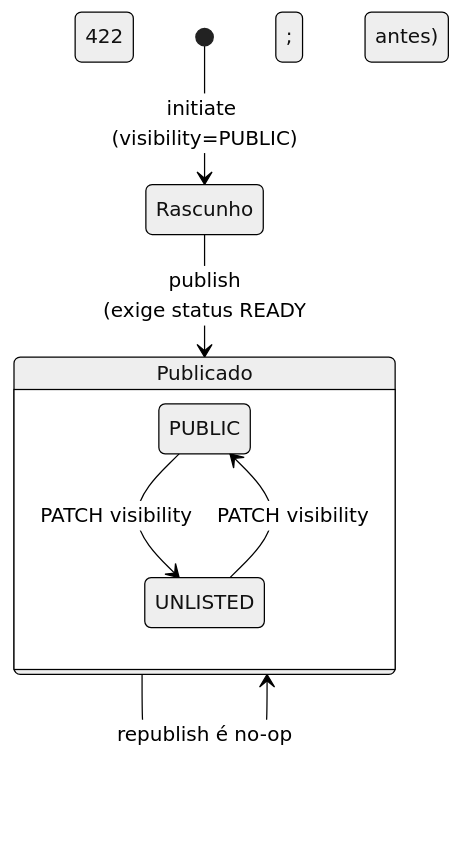
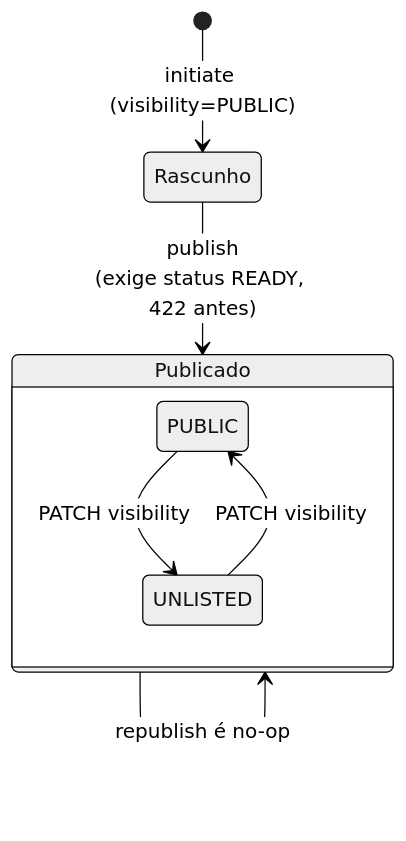
Before and after one commit to agneto/streamtube-java: the second of 2 diagrams in docs/diagrams/05-ciclo-de-vida-video.md, drawn with Mermaid (neutral theme). The commit also changed 2 other files, not shown here.

Commit message:
docs: fix mermaid diagrams broken by semicolons in message text
Mermaid treats ";" as a statement separator even inside sequence
messages and state transition labels, so these three diagrams failed
to render on GitHub. Replaced with commas.

Claude-Session: https://claude.ai/code/session_014dFqSxi84zCLs5H9Q62Zae

````diff
--- a/docs/diagrams/05-ciclo-de-vida-video.md
+++ b/docs/diagrams/05-ciclo-de-vida-video.md
@@ -34,10 +34,10 @@
 ```mermaid
 stateDiagram-v2
     [*] --> Rascunho: initiate (visibility=PUBLIC)
-    Rascunho --> Publicado: publish<br/>(exige status READY; 422 antes)
+    Rascunho --> Publicado: publish<br/>(exige status READY, 422 antes)
     Publicado --> Publicado: republish é no-op
     state Publicado {
         PUBLIC --> UNLISTED: PATCH visibility
         UNLISTED --> PUBLIC: PATCH visibility
     }
 ```
````
